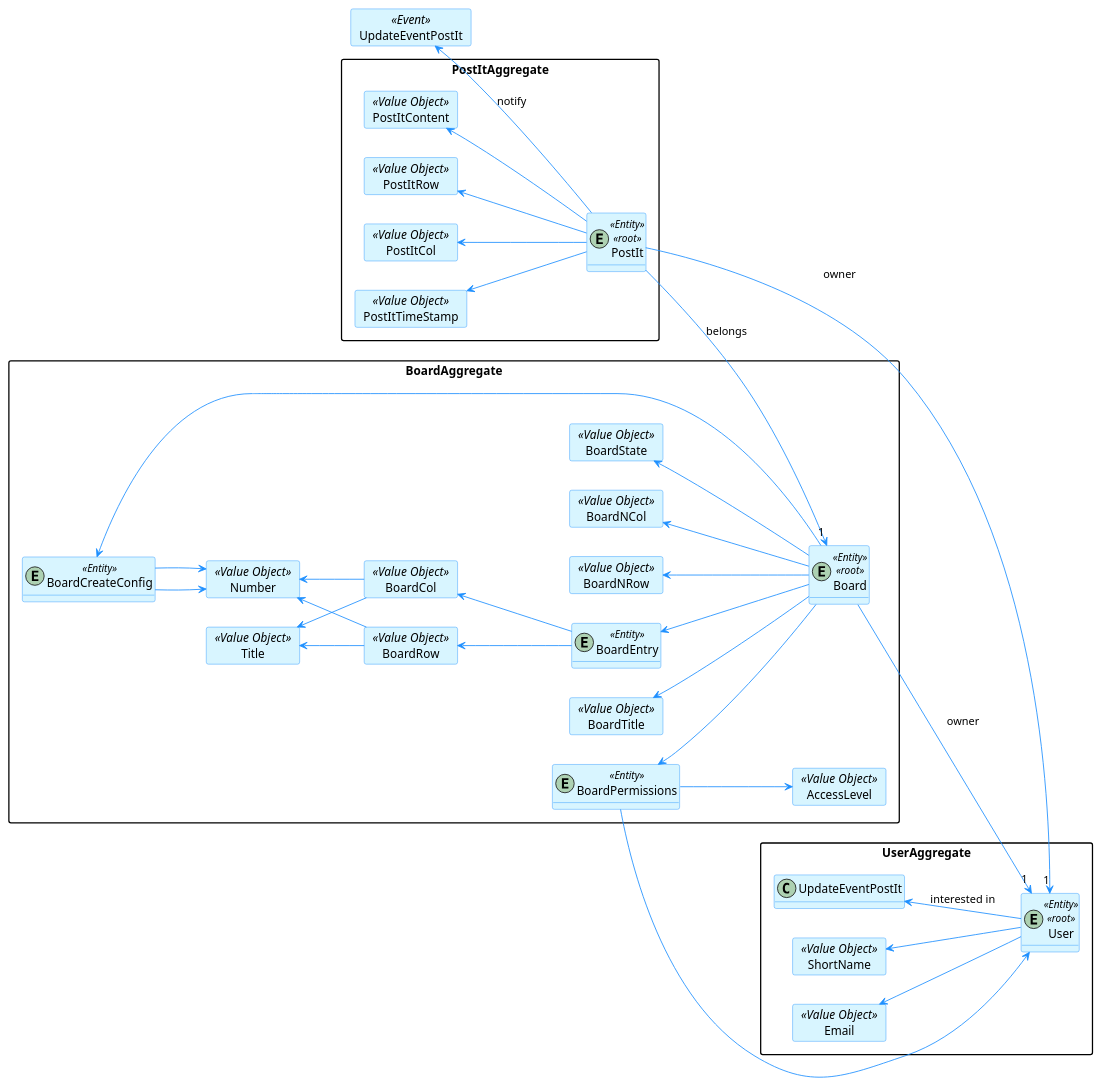
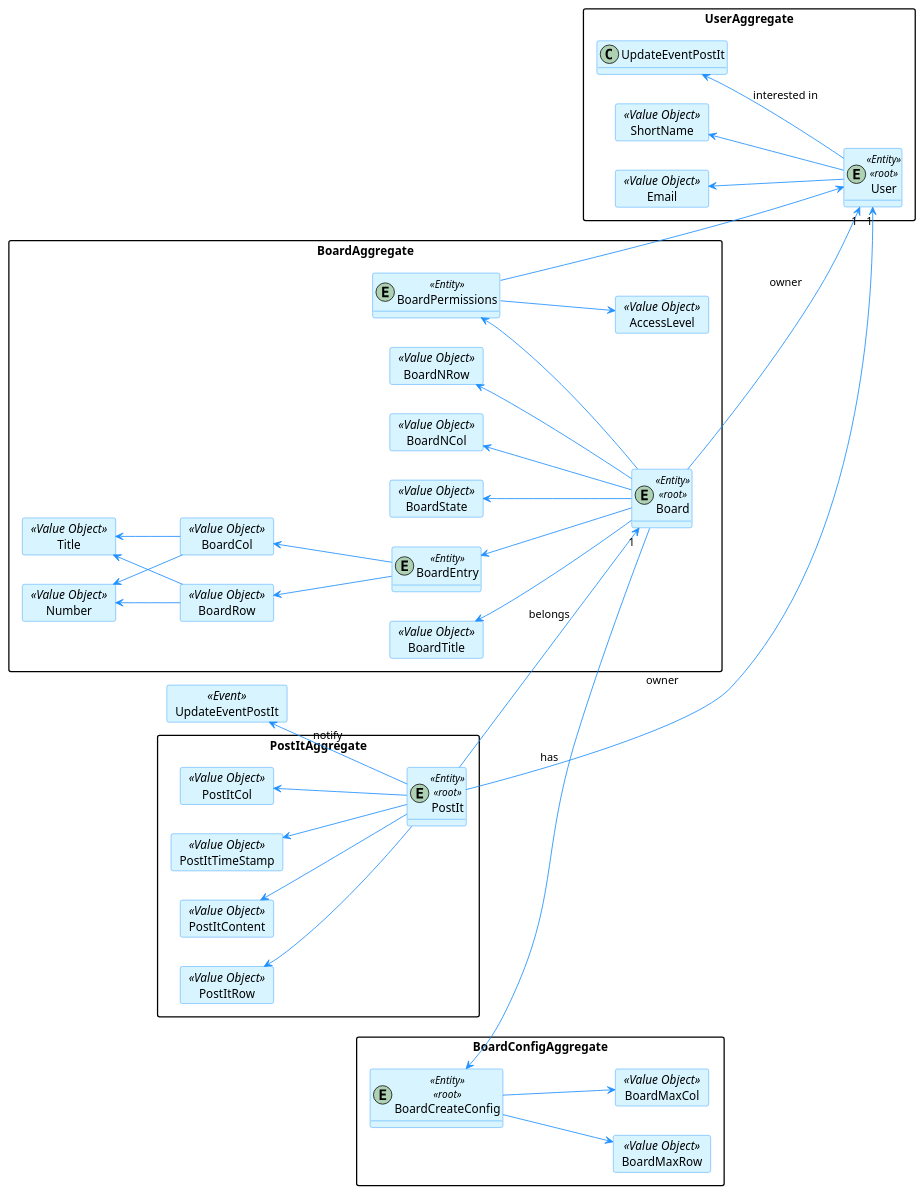
Before and after one commit to brunacosta03/sem4pi_22_23: the diagram in docs/1201205/DomainModel.puml, drawn with PlantUML. The commit also changed 1 other file, not shown here.

Commit message:
docs: add BoardConfigAggregate #2

```diff
--- a/docs/1201205/DomainModel.puml
+++ b/docs/1201205/DomainModel.puml
@@ -1,141 +1,148 @@
 @startuml "Shared Boards"
 left to right direction
 
 hide methods
 
 skinparam classAttributeIconSize 0
 
 skinparam class {
     LifeLineBorderColor DodgerBlue
     LifeLineBackgroundColor APPLICATION
     BackgroundColor #D8F5FF
     ArrowColor DodgerBlue
     BorderColor DodgerBlue
 }
 
 skinparam packageStyle rectangle
 skinparam card {
     LifeLineBorderColor DodgerBlue
     LifeLineBackgroundColor APPLICATION
     BackgroundColor #D8F5FF
     ArrowColor DodgerBlue
     BorderColor DodgerBlue
 }
 
 ' PostIt
 package PostItAggregate{
     entity PostIt <<Entity>><<root>>
 
     card PostItContent <<Value Object>>{
     }
 
     card PostItRow <<Value Object>>{
     }
 
     card PostItCol <<Value Object>>{
     }
 
     card PostItTimeStamp <<Value Object>>{
     }
 
     PostItContent <-- PostIt
     PostItRow <-- PostIt
     PostItCol <-- PostIt
     PostItTimeStamp <-- PostIt
 }
 
 
 ' User
 package UserAggregate{
     entity User <<Entity>><<root>>
 
     card ShortName <<Value Object>>{
     }
 
     card Email <<Value Object>>{
     }
 
     ShortName <-- User
     Email <-- User
     UpdateEventPostIt <-- User :interested in
 }
 
 
 ' Board
 package BoardAggregate{
     entity Board <<Entity>><<root>>
     
     card BoardTitle <<Value Object>>{
     }
 
     card BoardNRow <<Value Object>>{
     }
 
     card BoardNCol <<Value Object>>{
     }
 
     card BoardState <<Value Object>>{
     }
 
     card Title <<Value Object>>{
     }
 
     card Number <<Value Object>>{
     }
 
     BoardTitle <-- Board
     BoardNRow <-- Board
     BoardNCol <-- Board
     BoardState <-- Board
 
     entity BoardEntry <<Entity>>{
     }
 
     card BoardRow <<Value Object>>{
     }
 
     card BoardCol <<Value Object>>{
     }
 
     BoardEntry <-- Board
     BoardRow <-- BoardEntry
     BoardCol <-- BoardEntry
     Number <-- BoardRow
     Title <-- BoardCol
     Number <-- BoardCol
     Title <-- BoardRow
 
 
     entity BoardPermissions <<Entity>>
 
     card AccessLevel <<Value Object>>{
     }
 
     BoardPermissions <-- Board
     BoardPermissions --> User
     BoardPermissions --> AccessLevel
-
-    entity BoardCreateConfig <<Entity>>
-    
-    BoardCreateConfig <-- Board
-    BoardCreateConfig --> Number
-    BoardCreateConfig --> Number
 }
 
+' Board
+package BoardConfigAggregate{
+    entity BoardCreateConfig <<Entity>><<root>>
 
+    card BoardMaxRow <<Value Object>>{
+    }
+
+    card BoardMaxCol <<Value Object>>{
+    }
+    
+    BoardCreateConfig --> BoardMaxRow
+    BoardCreateConfig --> BoardMaxCol
+}
 
 ' Relations
 PostIt --> "1" User :owner
 Board --> "1" User :owner
 PostIt --> "1" Board :belongs
+BoardCreateConfig <-- Board :has
 
 
 
 ' Events
 card UpdateEventPostIt <<Event>>{
 }
 
 UpdateEventPostIt <-- PostIt :notify
 
 
 @enduml
```
